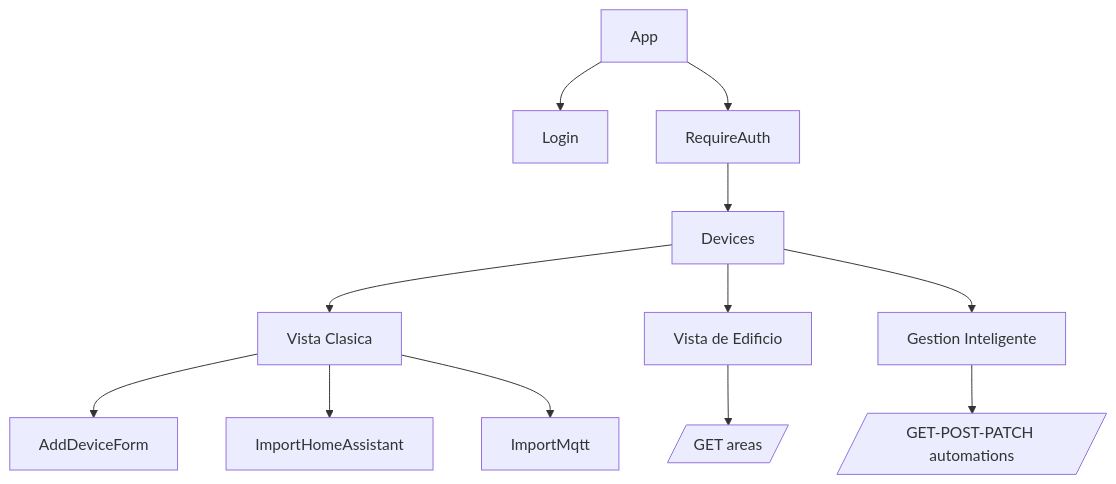
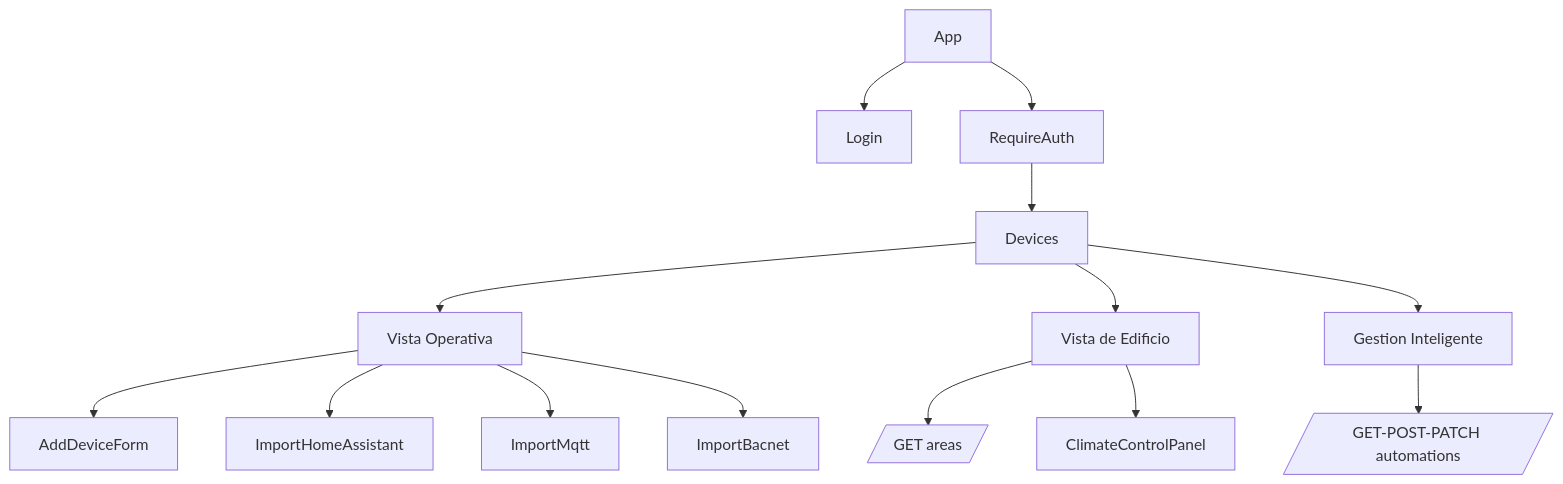
Before and after one commit to carlosh2388/controlia-nexo-smart: the diagram in docs/frontend.md, drawn with Mermaid. The commit also changed other lines of this file and 38 other files, not shown here.

````diff
--- a/docs/frontend.md
+++ b/docs/frontend.md
@@ -21,14 +27,16 @@
 ```mermaid
 flowchart TB
   App --> Login
   App --> RequireAuth
   RequireAuth --> Devices
-  Devices --> Classic[Vista Clasica]
+  Devices --> Classic[Vista Operativa]
   Devices --> BuildingView[Vista de Edificio]
   Devices --> Automations[Gestion Inteligente]
   Classic --> AddDeviceForm
   Classic --> ImportHomeAssistant
   Classic --> ImportMqtt
+  Classic --> ImportBacnet
   BuildingView --> AreasAPI[/GET areas/]
+  BuildingView --> ClimateControlPanel
   Automations --> AutomationsAPI[/GET-POST-PATCH automations/]
 ```
````
